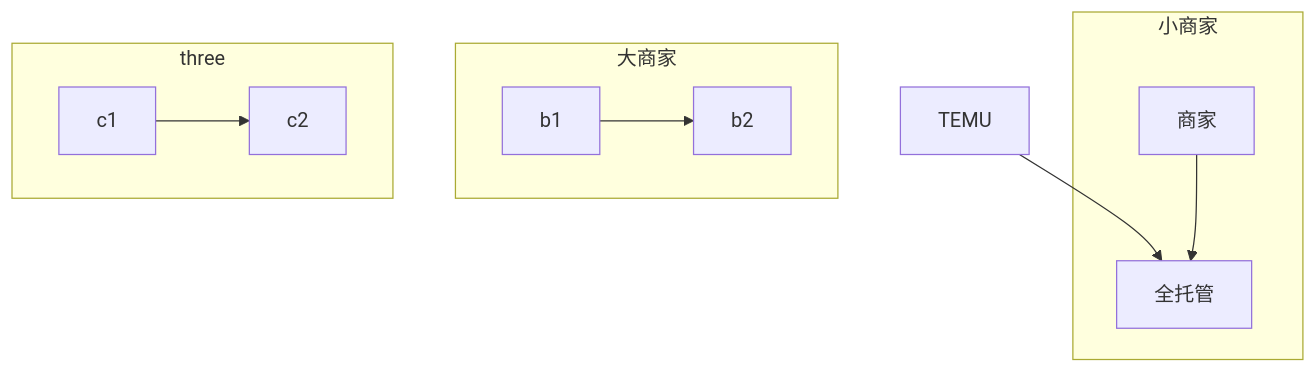
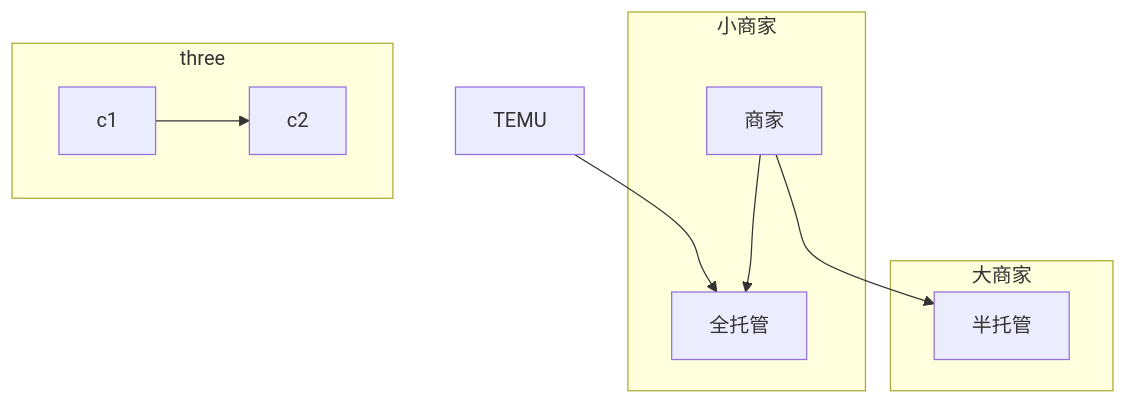
Before and after one commit to Zora0203/iodraw-files: the diagram in all/TEMU链路图.md, drawn with Mermaid.

Commit message:
2024-12-06 16:26:52 update

````diff
--- a/all/TEMU链路图.md
+++ b/all/TEMU链路图.md
@@ -1,15 +1,15 @@
 ```mermaid
 
 
 flowchart TB
     TEMU-->全托管
     subgraph 小商家
     商家-->全托管
     end
     subgraph 大商家
-    b1-->b2
+    商家-->半托管
     end
     subgraph three
     c1-->c2
     end
 ```
````
